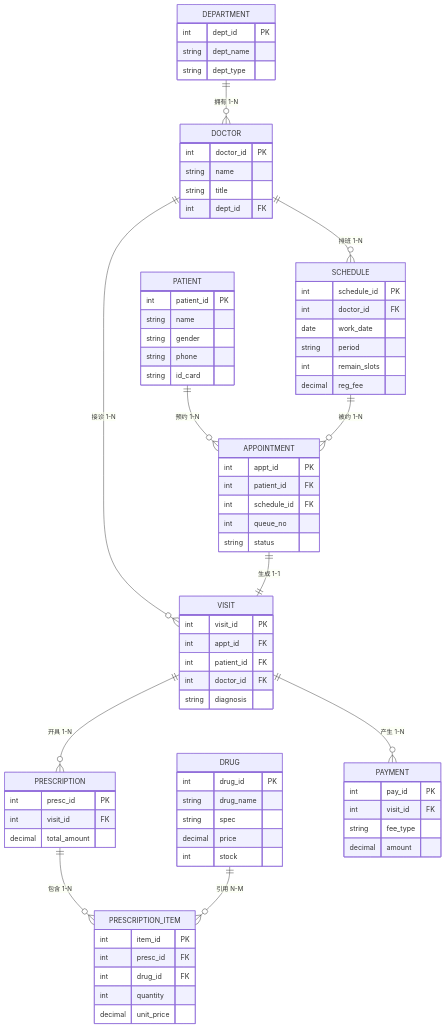
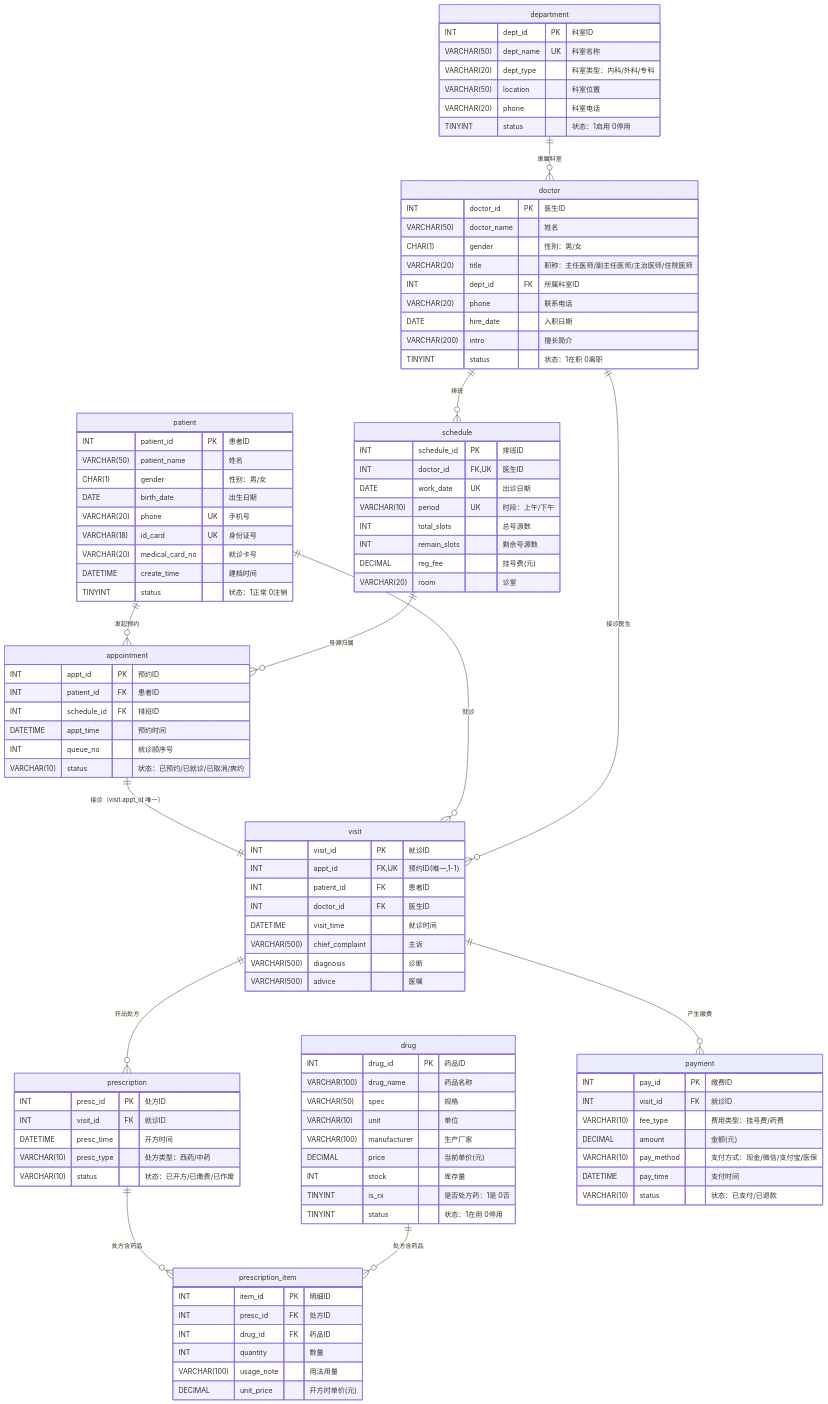
One commit to Dark-Urge-Love/Database-Systems-Course-Project changed the diagram in 作业1_智慧医疗门诊预约系统/01_数据库设计方案.md. Above: the diagram before and after it, drawn with Mermaid. The commit also changed other lines of this file and 8 other files, not shown here.

Commit message:
补强要求3与可验证性：ER 图渲染为图片写入设计方案，新增数据层/接口层自查脚本，对照表追加 16 项实测结果

````diff
--- a/作业1_智慧医疗门诊预约系统/01_数据库设计方案.md
+++ b/作业1_智慧医疗门诊预约系统/01_数据库设计方案.md
@@ -63,78 +71,107 @@
 ```mermaid
 erDiagram
-  PATIENT {
-    int patient_id PK
-    string name
-    string gender
-    string phone
-    string id_card
-  }
-  DEPARTMENT {
-    int dept_id PK
-    string dept_name
-    string dept_type
-  }
-  DOCTOR {
-    int doctor_id PK
-    string name
-    string title
-    int dept_id FK
-  }
-  SCHEDULE {
-    int schedule_id PK
-    int doctor_id FK
-    date work_date
-    string period
-    int remain_slots
-    decimal reg_fee
-  }
-  APPOINTMENT {
-    int appt_id PK
-    int patient_id FK
-    int schedule_id FK
-    int queue_no
-    string status
-  }
-  VISIT {
-    int visit_id PK
-    int appt_id FK
-    int patient_id FK
-    int doctor_id FK
-    string diagnosis
-  }
-  PRESCRIPTION {
-    int presc_id PK
-    int visit_id FK
-    decimal total_amount
-  }
-  DRUG {
-    int drug_id PK
-    string drug_name
-    string spec
-    decimal price
-    int stock
-  }
-  PRESCRIPTION_ITEM {
-    int item_id PK
-    int presc_id FK
-    int drug_id FK
-    int quantity
-    decimal unit_price
-  }
-  PAYMENT {
-    int pay_id PK
-    int visit_id FK
-    string fee_type
-    decimal amount
-  }
-  DEPARTMENT ||--o{ DOCTOR : "拥有 1-N"
-  DOCTOR ||--o{ SCHEDULE : "排班 1-N"
-  DOCTOR ||--o{ VISIT : "接诊 1-N"
-  PATIENT ||--o{ APPOINTMENT : "预约 1-N"
-  SCHEDULE ||--o{ APPOINTMENT : "被约 1-N"
-  APPOINTMENT ||--|| VISIT : "生成 1-1"
-  VISIT ||--o{ PRESCRIPTION : "开具 1-N"
-  PRESCRIPTION ||--o{ PRESCRIPTION_ITEM : "包含 1-N"
-  DRUG ||--o{ PRESCRIPTION_ITEM : "引用 N-M"
-  VISIT ||--o{ PAYMENT : "产生 1-N"
+    department {
+        INT dept_id PK "科室ID"
+        VARCHAR(50) dept_name UK "科室名称"
+        VARCHAR(20) dept_type "科室类型：内科/外科/专科"
+        VARCHAR(50) location "科室位置"
+        VARCHAR(20) phone "科室电话"
+        TINYINT status "状态：1启用 0停用"
+    }
+    patient {
+        INT patient_id PK "患者ID"
+        VARCHAR(50) patient_name "姓名"
+        CHAR(1) gender "性别：男/女"
+        DATE birth_date "出生日期"
+        VARCHAR(20) phone UK "手机号"
+        VARCHAR(18) id_card UK "身份证号"
+        VARCHAR(20) medical_card_no "就诊卡号"
+        DATETIME create_time "建档时间"
+        TINYINT status "状态：1正常 0注销"
+    }
+    doctor {
+        INT doctor_id PK "医生ID"
+        VARCHAR(50) doctor_name "姓名"
+        CHAR(1) gender "性别：男/女"
+        VARCHAR(20) title "职称：主任医师/副主任医师/主治医师/住院医师"
+        INT dept_id FK "所属科室ID"
+        VARCHAR(20) phone "联系电话"
+        DATE hire_date "入职日期"
+        VARCHAR(200) intro "擅长简介"
+        TINYINT status "状态：1在职 0离职"
+    }
+    schedule {
+        INT schedule_id PK "排班ID"
+        INT doctor_id FK,UK "医生ID"
+        DATE work_date UK "出诊日期"
+        VARCHAR(10) period UK "时段：上午/下午"
+        INT total_slots "总号源数"
+        INT remain_slots "剩余号源数"
+        DECIMAL reg_fee "挂号费(元)"
+        VARCHAR(20) room "诊室"
+    }
+    appointment {
+        INT appt_id PK "预约ID"
+        INT patient_id FK "患者ID"
+        INT schedule_id FK "排班ID"
+        DATETIME appt_time "预约时间"
+        INT queue_no "就诊顺序号"
+        VARCHAR(10) status "状态：已预约/已就诊/已取消/爽约"
+    }
+    visit {
+        INT visit_id PK "就诊ID"
+        INT appt_id FK,UK "预约ID(唯一,1-1)"
+        INT patient_id FK "患者ID"
+        INT doctor_id FK "医生ID"
+        DATETIME visit_time "就诊时间"
+        VARCHAR(500) chief_complaint "主诉"
+        VARCHAR(500) diagnosis "诊断"
+        VARCHAR(500) advice "医嘱"
+    }
+    prescription {
+        INT presc_id PK "处方ID"
+        INT visit_id FK "就诊ID"
+        DATETIME presc_time "开方时间"
+        VARCHAR(10) presc_type "处方类型：西药/中药"
+        VARCHAR(10) status "状态：已开方/已缴费/已作废"
+    }
+    drug {
+        INT drug_id PK "药品ID"
+        VARCHAR(100) drug_name "药品名称"
+        VARCHAR(50) spec "规格"
+        VARCHAR(10) unit "单位"
+        VARCHAR(100) manufacturer "生产厂家"
+        DECIMAL price "当前单价(元)"
+        INT stock "库存量"
+        TINYINT is_rx "是否处方药：1是 0否"
+        TINYINT status "状态：1在用 0停用"
+    }
+    prescription_item {
+        INT item_id PK "明细ID"
+        INT presc_id FK "处方ID"
+        INT drug_id FK "药品ID"
+        INT quantity "数量"
+        VARCHAR(100) usage_note "用法用量"
+        DECIMAL unit_price "开方时单价(元)"
+    }
+    payment {
+        INT pay_id PK "缴费ID"
+        INT visit_id FK "就诊ID"
+        VARCHAR(10) fee_type "费用类型：挂号费/药费"
+        DECIMAL amount "金额(元)"
+        VARCHAR(10) pay_method "支付方式：现金/微信/支付宝/医保"
+        DATETIME pay_time "支付时间"
+        VARCHAR(10) status "状态：已支付/已退款"
+    }
+    department ||--o{ doctor : "隶属科室"
+    doctor ||--o{ schedule : "排班"
+    patient ||--o{ appointment : "发起预约"
+    schedule ||--o{ appointment : "号源归属"
+    appointment ||--|| visit : "接诊（visit.appt_id 唯一）"
+    visit ||--o{ prescription : "开出处方"
+    prescription ||--o{ prescription_item : "处方含药品"
+    drug ||--o{ prescription_item : "处方含药品"
+    visit ||--o{ payment : "产生缴费"
+    patient ||--o{ visit : "就诊"
+    doctor ||--o{ visit : "接诊医生"
 ```
````
